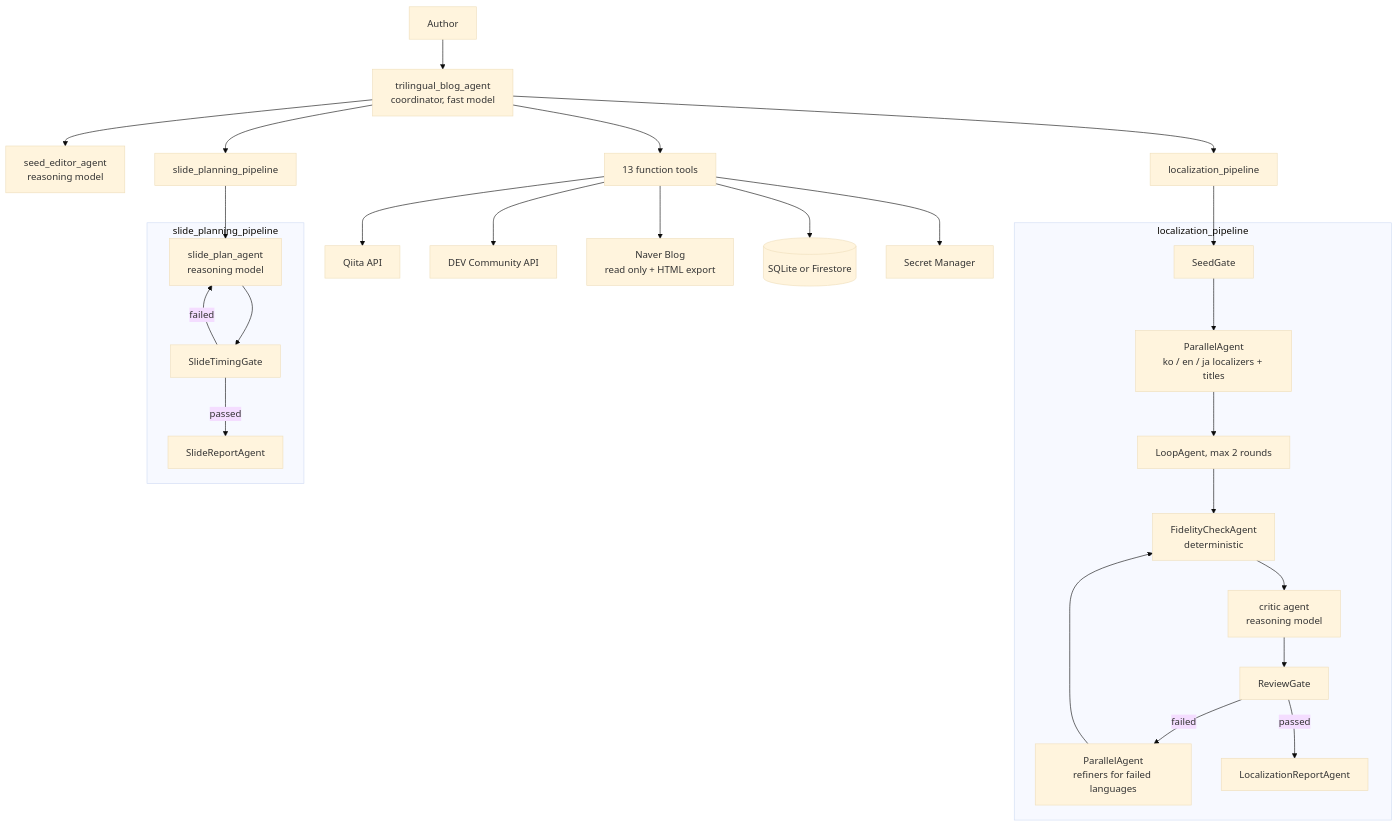
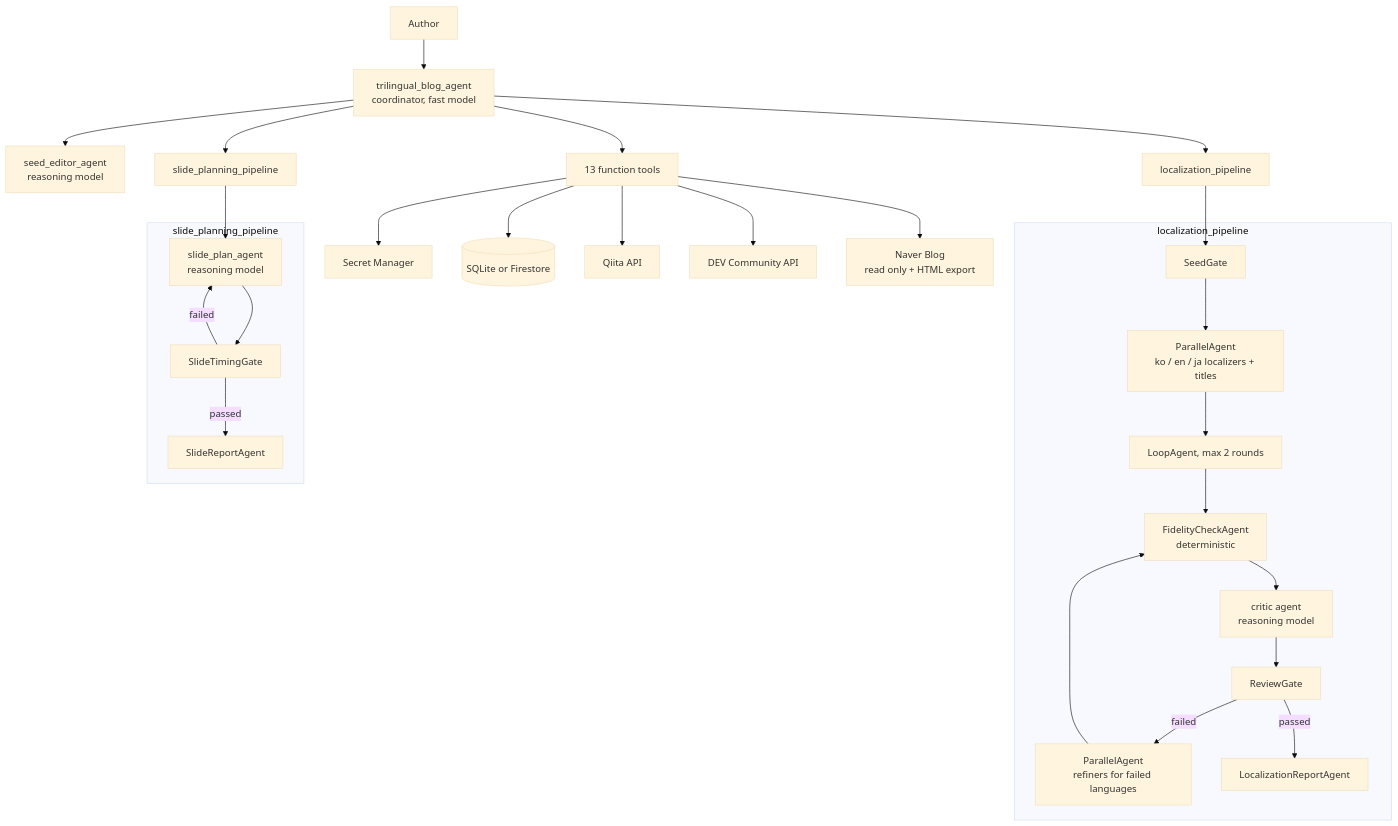
The diagram in README.md (agenthekim/trilingual-blog-agent), drawn with Mermaid (base theme) before and after one commit. The commit also changed other lines of this file, not shown here.

Commit message:
README: reorder tool dependencies in the architecture diagram

````diff
--- a/README.md
+++ b/README.md
@@ -36,33 +36,33 @@
 ```mermaid
 flowchart TD
     U[Author] --> C[trilingual_blog_agent<br/>coordinator, fast model]
     C --> SE[seed_editor_agent<br/>reasoning model]
     C --> LP[localization_pipeline]
     C --> SP[slide_planning_pipeline]
     C --> T[13 function tools]
 
     subgraph LP_detail [localization_pipeline]
         SG[SeedGate] --> FAN[ParallelAgent<br/>ko / en / ja localizers + titles]
         FAN --> LOOP[LoopAgent, max 2 rounds]
         LOOP --> FC[FidelityCheckAgent<br/>deterministic]
         FC --> CR[critic agent<br/>reasoning model]
         CR --> RG[ReviewGate]
         RG -->|failed| RF[ParallelAgent<br/>refiners for failed languages]
         RF --> FC
         RG -->|passed| REP[LocalizationReportAgent]
     end
     LP --> SG
 
     subgraph SP_detail [slide_planning_pipeline]
         PL[slide_plan_agent<br/>reasoning model] --> TG[SlideTimingGate]
         TG -->|failed| PL
         TG -->|passed| SR[SlideReportAgent]
     end
     SP --> PL
 
+    T --> SM[Secret Manager]
+    T --> ST[(SQLite or Firestore)]
     T --> Q[Qiita API]
     T --> D[DEV Community API]
     T --> N[Naver Blog<br/>read only + HTML export]
-    T --> ST[(SQLite or Firestore)]
-    T --> SM[Secret Manager]
 ```
````
